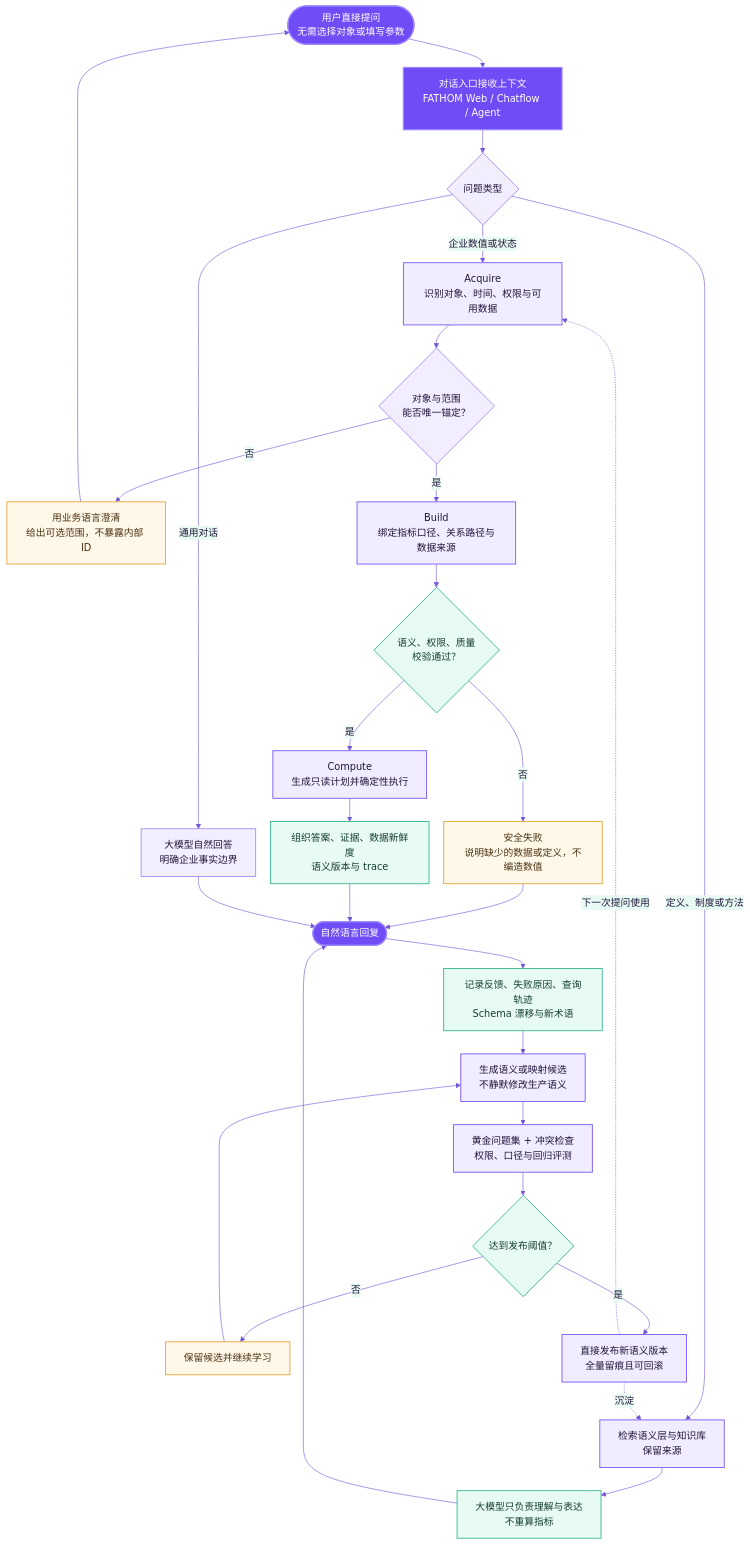
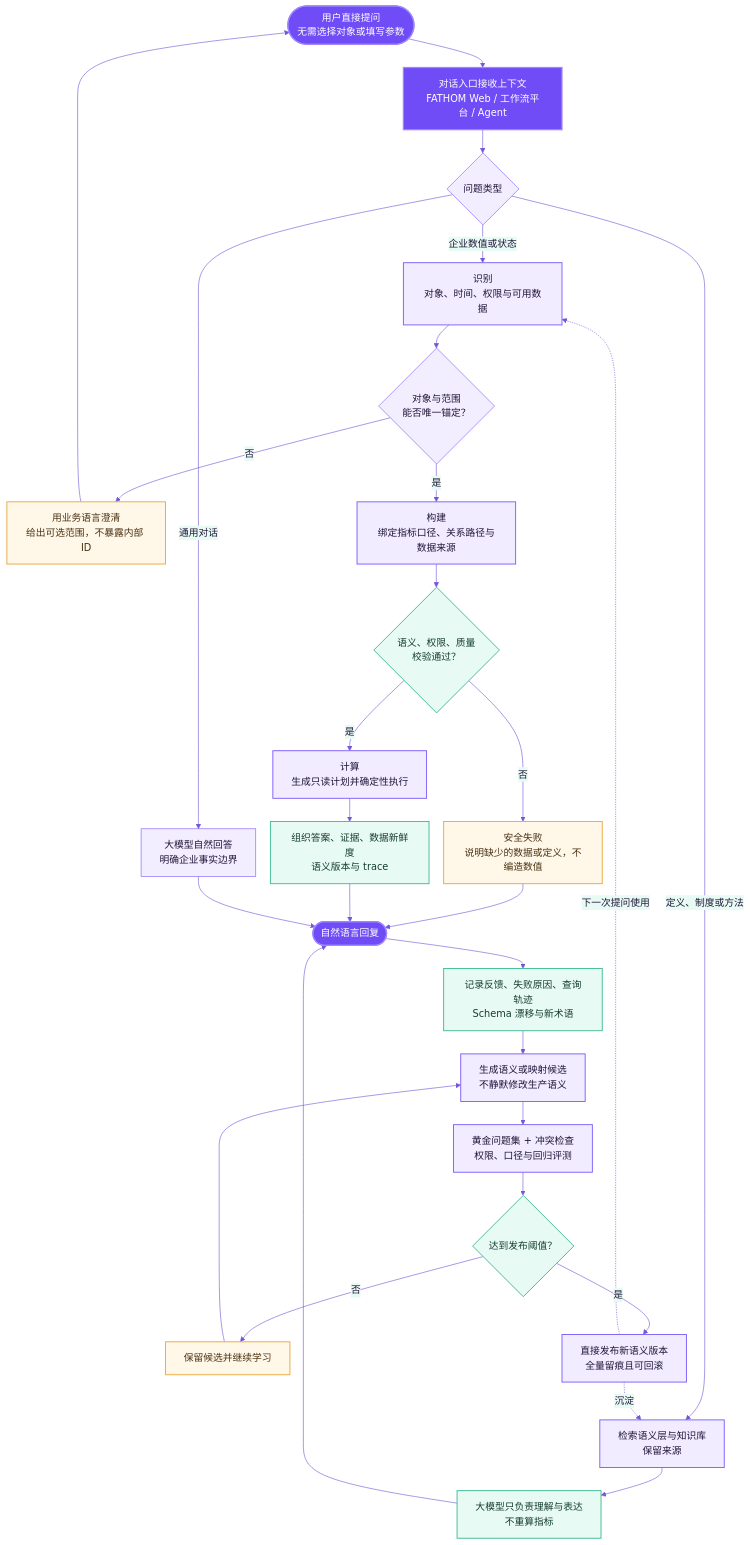
Before and after one commit to fatasia/Fathom: the diagram in docs/diagrams/fathom-query-evolution-flow.mmd, drawn with Mermaid. The commit also changed 103 other files, not shown here.

```diff
--- a/docs/diagrams/fathom-query-evolution-flow.mmd
+++ b/docs/diagrams/fathom-query-evolution-flow.mmd
@@ -1,42 +1,42 @@
 %%{init: {"theme": "base", "themeVariables": {"fontFamily": "Microsoft YaHei, Inter, sans-serif", "primaryColor": "#F3EEFF", "primaryTextColor": "#21163A", "primaryBorderColor": "#7C5CFC", "lineColor": "#7457D8", "secondaryColor": "#E8FAF4", "tertiaryColor": "#FFF7E8"}, "flowchart": {"curve": "basis", "nodeSpacing": 24, "rankSpacing": 38}}}%%
 flowchart TD
-  ask([用户直接提问<br/>无需选择对象或填写参数]) --> entry[对话入口接收上下文<br/>FATHOM Web / Chatflow / Agent]
+  ask([用户直接提问<br/>无需选择对象或填写参数]) --> entry[对话入口接收上下文<br/>FATHOM Web / 工作流平台 / Agent]
   entry --> classify{问题类型}
 
-  classify -- 企业数值或状态 --> acquire[Acquire<br/>识别对象、时间、权限与可用数据]
+  classify -- 企业数值或状态 --> acquire[识别<br/>对象、时间、权限与可用数据]
   acquire --> anchor{对象与范围<br/>能否唯一锚定？}
   anchor -- 否 --> clarify[用业务语言澄清<br/>给出可选范围，不暴露内部 ID]
   clarify --> ask
-  anchor -- 是 --> build[Build<br/>绑定指标口径、关系路径与数据来源]
+  anchor -- 是 --> build[构建<br/>绑定指标口径、关系路径与数据来源]
   build --> validate{语义、权限、质量<br/>校验通过？}
   validate -- 否 --> safe[安全失败<br/>说明缺少的数据或定义，不编造数值]
-  validate -- 是 --> compute[Compute<br/>生成只读计划并确定性执行]
+  validate -- 是 --> compute[计算<br/>生成只读计划并确定性执行]
   compute --> evidence[组织答案、证据、数据新鲜度<br/>语义版本与 trace]
 
   classify -- 定义、制度或方法 --> retrieve[检索语义层与知识库<br/>保留来源]
   retrieve --> explain[大模型只负责理解与表达<br/>不重算指标]
   classify -- 通用对话 --> general[大模型自然回答<br/>明确企业事实边界]
 
   safe --> answer([自然语言回复])
   evidence --> answer
   explain --> answer
   general --> answer
 
   answer --> observe[记录反馈、失败原因、查询轨迹<br/>Schema 漂移与新术语]
   observe --> candidate[生成语义或映射候选<br/>不静默修改生产语义]
   candidate --> eval[黄金问题集 + 冲突检查<br/>权限、口径与回归评测]
   eval --> pass{达到发布阈值？}
   pass -- 否 --> improve[保留候选并继续学习]
   improve --> candidate
   pass -- 是 --> publish[直接发布新语义版本<br/>全量留痕且可回滚]
   publish -.下一次提问使用.-> acquire
   publish -.沉淀.-> retrieve
 
   classDef primary fill:#6F4CF6,color:#FFFFFF,stroke:#9D87FF,stroke-width:2px;
   classDef semantic fill:#F1ECFF,color:#21163A,stroke:#7C5CFC,stroke-width:1.5px;
   classDef trust fill:#E8FAF4,color:#153D32,stroke:#3DBB92,stroke-width:1.5px;
   classDef warn fill:#FFF7E8,color:#4A3213,stroke:#E8A83E,stroke-width:1.5px;
   class ask,entry,answer primary;
   class acquire,build,compute,retrieve,candidate,eval,publish semantic;
   class validate,evidence,explain,observe,pass trust;
   class clarify,safe,improve warn;
```
